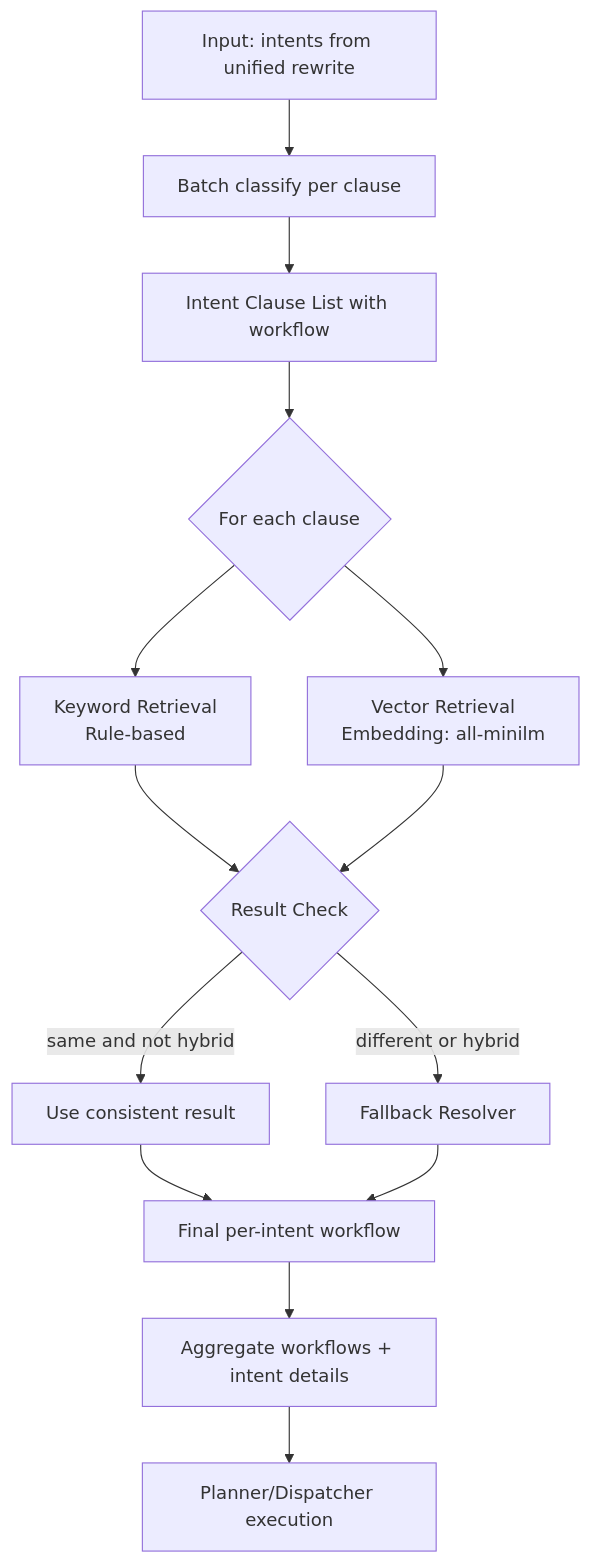
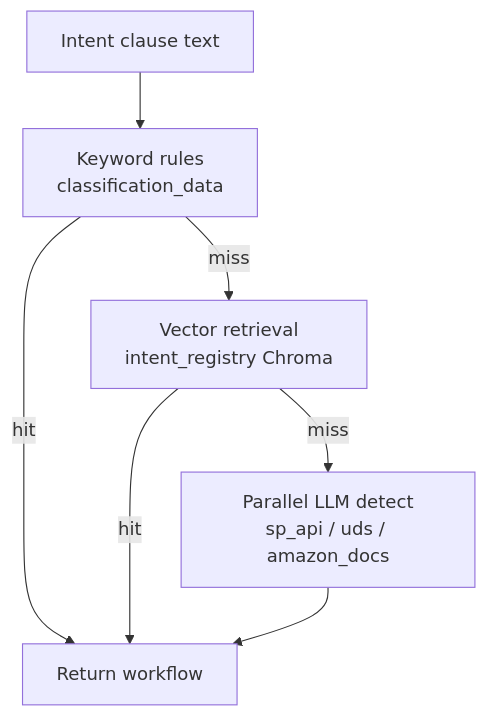
One commit to lenhop/IC-RAG-Agent changed the seventh of 13 diagrams in docs/FRAMEWORK.md. Above: the diagram before and after it, drawn with Mermaid. The commit also changed other lines of this file and 17 other files, not shown here.

Commit message:
update route llm flows

````diff
--- a/docs/FRAMEWORK.md
+++ b/docs/FRAMEWORK.md
@@ -370,16 +449,9 @@
 ```mermaid
 flowchart TD
-    A[Input: intents from unified rewrite] --> B[Batch classify per clause]
-    B --> C[Intent Clause List with workflow]
-    C --> D{For each clause}
-    D --> E1[Keyword Retrieval<br/>Rule-based]
-    D --> E2[Vector Retrieval<br/>Embedding: all-minilm]
-    E1 --> F{Result Check}
-    E2 --> F
-    F -->|same and not hybrid| G[Use consistent result]
-    F -->|different or hybrid| H[Fallback Resolver]
-    G --> I[Final per-intent workflow]
-    H --> I
-    I --> J[Aggregate workflows + intent details]
-    J --> K[Planner/Dispatcher execution]
+    A[Intent clause text] --> K[Keyword rules<br/>classification_data]
+    K -->|hit| OUT[Return workflow]
+    K -->|miss| V[Vector retrieval<br/>intent_registry Chroma]
+    V -->|hit| OUT
+    V -->|miss| L[Parallel LLM detect<br/>sp_api / uds / amazon_docs]
+    L --> OUT
 ```
````
